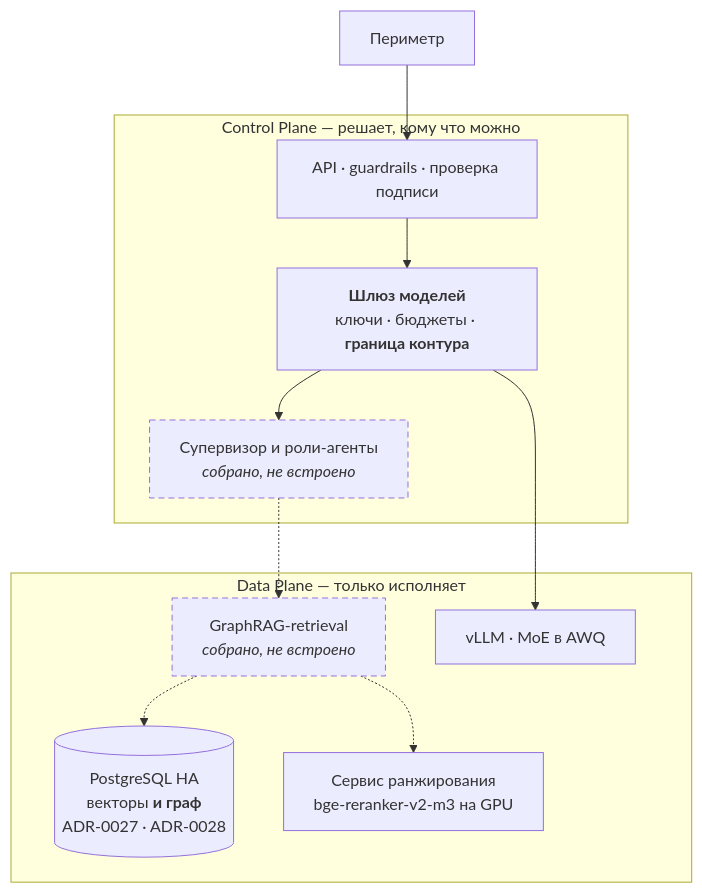
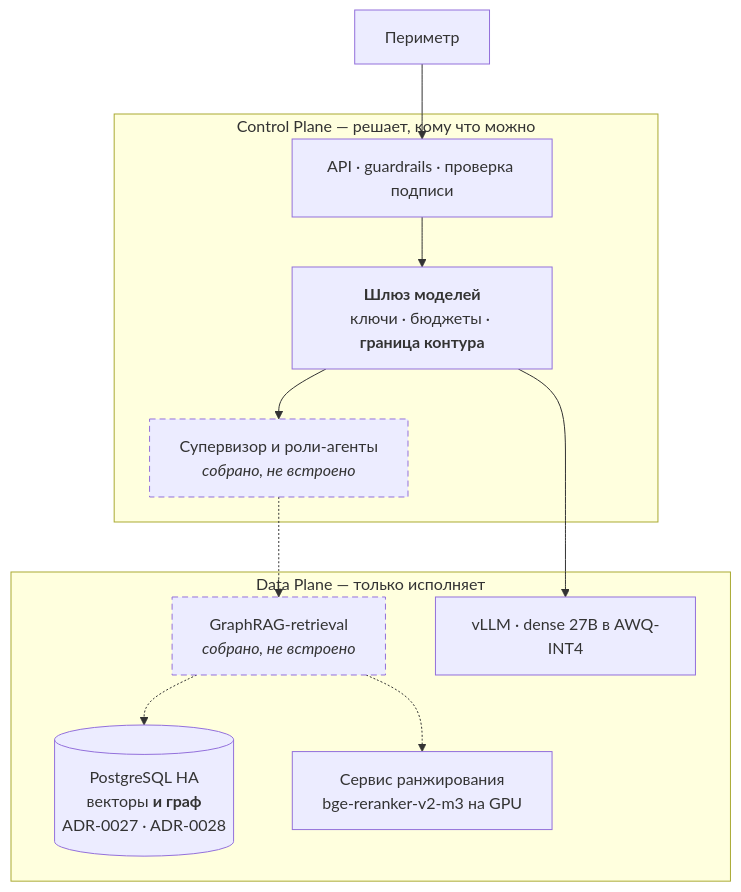
Before and after one commit to ZubikIT/ai-architect: the first of 4 diagrams in final-project/docs/presentation-5min.md, drawn with Mermaid. The commit also changed other lines of this file and 10 other files, not shown here.

````diff
--- a/final-project/docs/presentation-5min.md
+++ b/final-project/docs/presentation-5min.md
@@ -44,21 +44,21 @@
 ```mermaid
 flowchart TB
   npm["Периметр"]
   subgraph cp["Control Plane — решает, кому что можно"]
     api["API · guardrails · проверка подписи"]
     gw["<b>Шлюз моделей</b><br/>ключи · бюджеты · <b>граница контура</b>"]
     sup["Супервизор и роли-агенты<br/><i>собрано, не встроено</i>"]
   end
   subgraph dp["Data Plane — только исполняет"]
     ret["GraphRAG-retrieval<br/><i>собрано, не встроено</i>"]
     pg[("PostgreSQL HA<br/>векторы <b>и граф</b><br/>ADR-0027 · ADR-0028")]
     rr["Сервис ранжирования<br/>bge-reranker-v2-m3 на GPU"]
-    vllm["vLLM · MoE в AWQ"]
+    vllm["vLLM · dense 27B в AWQ-INT4"]
   end
   npm --> api --> gw --> sup -.-> ret
   gw --> vllm
   ret -.-> pg
   ret -.-> rr
   classDef planned stroke-dasharray: 6 4
   class sup,ret planned
 ```
````
